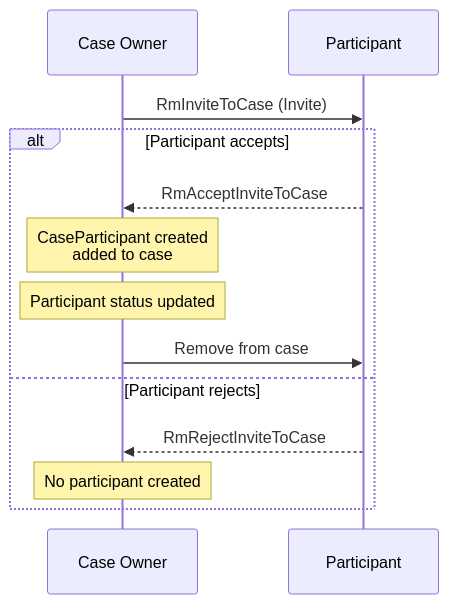
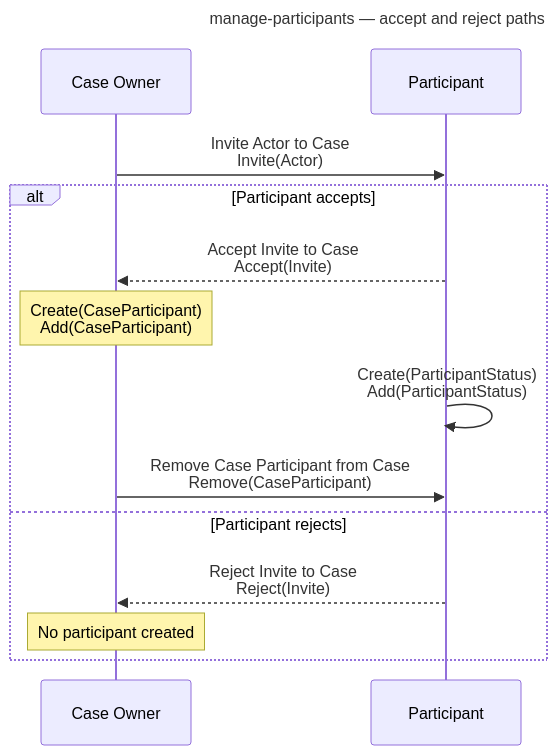
One commit to CERTCC/Vultron changed the third of 8 diagrams in docs/tutorials/other_demos.md. Above: the diagram before and after it, drawn with Mermaid. The commit also changed other lines of this file and 24 other files, not shown here.

````diff
--- a/docs/tutorials/other_demos.md
+++ b/docs/tutorials/other_demos.md
@@ -176,16 +167,19 @@
 ```mermaid
+---
+title: manage-participants — accept and reject paths
+---
 sequenceDiagram
     participant O as Case Owner
     participant P as Participant
 
-    O->>P: RmInviteToCase (Invite)
+    O->>P: Invite Actor to Case<br/>Invite(Actor)
     alt Participant accepts
-        P-->>O: RmAcceptInviteToCase
-        Note over O: CaseParticipant created<br/>added to case
-        Note over O: Participant status updated
-        O->>P: Remove from case
+        P-->>O: Accept Invite to Case<br/>Accept(Invite)
+        Note over O: Create(CaseParticipant)<br/>Add(CaseParticipant)
+        P->>P: Create(ParticipantStatus)<br/>Add(ParticipantStatus)
+        O->>P: Remove Case Participant from Case<br/>Remove(CaseParticipant)
     else Participant rejects
-        P-->>O: RmRejectInviteToCase
+        P-->>O: Reject Invite to Case<br/>Reject(Invite)
         Note over O: No participant created
     end
 ```
````
